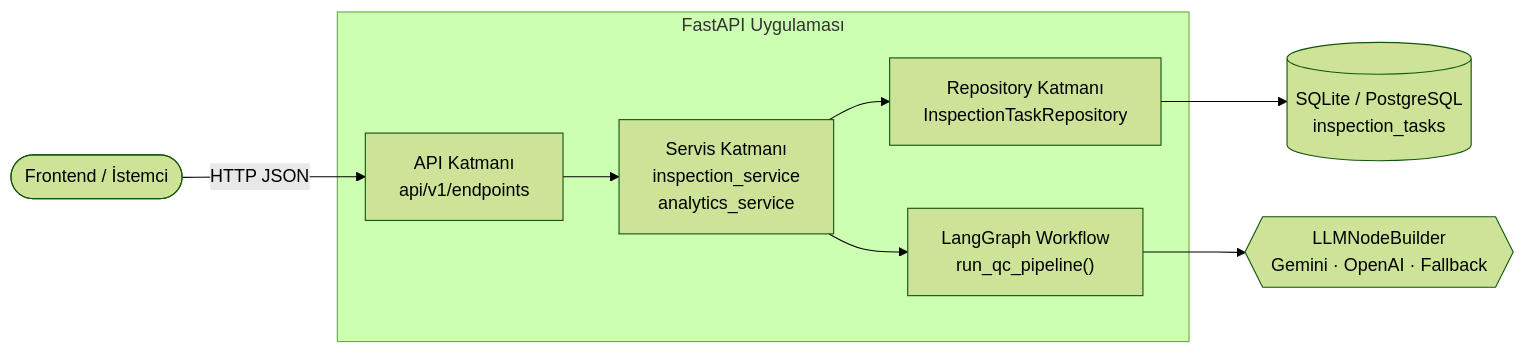
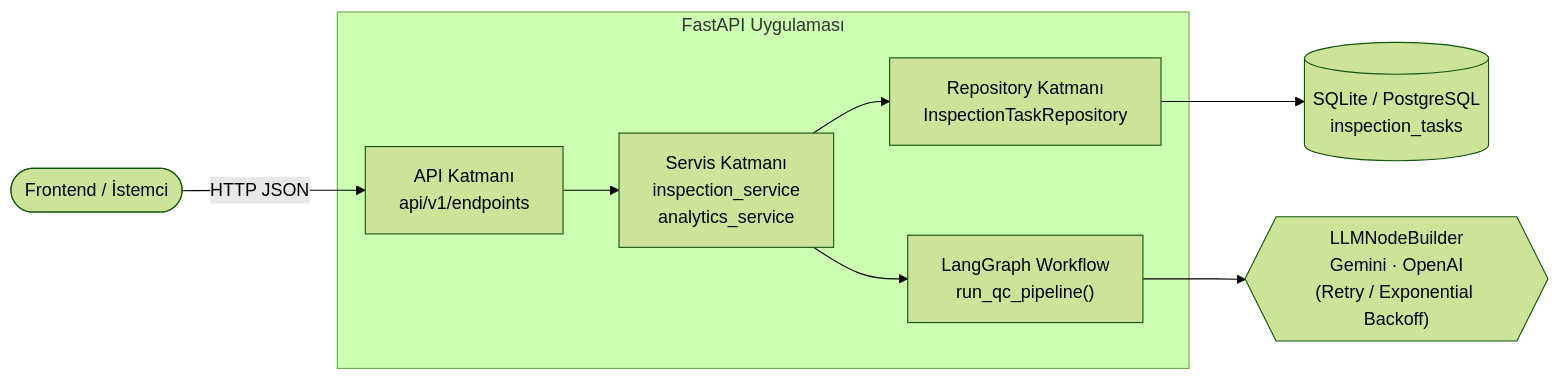
Before and after one commit to doukansurel/use-case-backend: the first of 3 diagrams in docs/TEKNIK_DOKUMAN.md, drawn with Mermaid (forest theme). The commit also changed other lines of this file and 19 other files, not shown here.

Commit message:
fix(qc-pipeline): remove fallback, add retry & FAILED status, audit metadata, and cv roadmap

````diff
--- a/docs/TEKNIK_DOKUMAN.md
+++ b/docs/TEKNIK_DOKUMAN.md
@@ -12,13 +12,13 @@
 ```mermaid
 flowchart LR
     Client([Frontend / İstemci]) -->|HTTP JSON| API
 
     subgraph APP["FastAPI Uygulaması"]
         API["API Katmanı<br/>api/v1/endpoints"] --> SVC["Servis Katmanı<br/>inspection_service<br/>analytics_service"]
         SVC --> REPO["Repository Katmanı<br/>InspectionTaskRepository"]
         SVC --> WF["LangGraph Workflow<br/>run_qc_pipeline()"]
     end
 
-    WF --> LLM{{"LLMNodeBuilder<br/>Gemini · OpenAI · Fallback"}}
+    WF --> LLM{{"LLMNodeBuilder<br/>Gemini · OpenAI<br/>(Retry / Exponential Backoff)"}}
     REPO --> DB[("SQLite / PostgreSQL<br/>inspection_tasks")]
 ```
````
